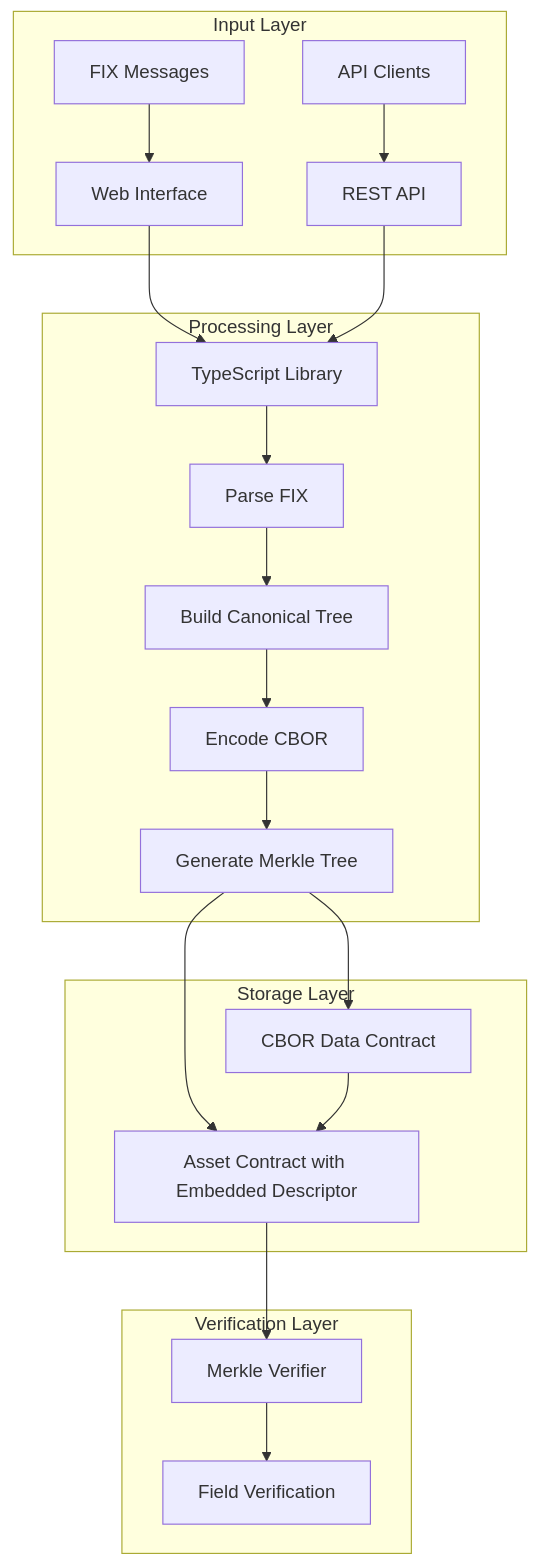
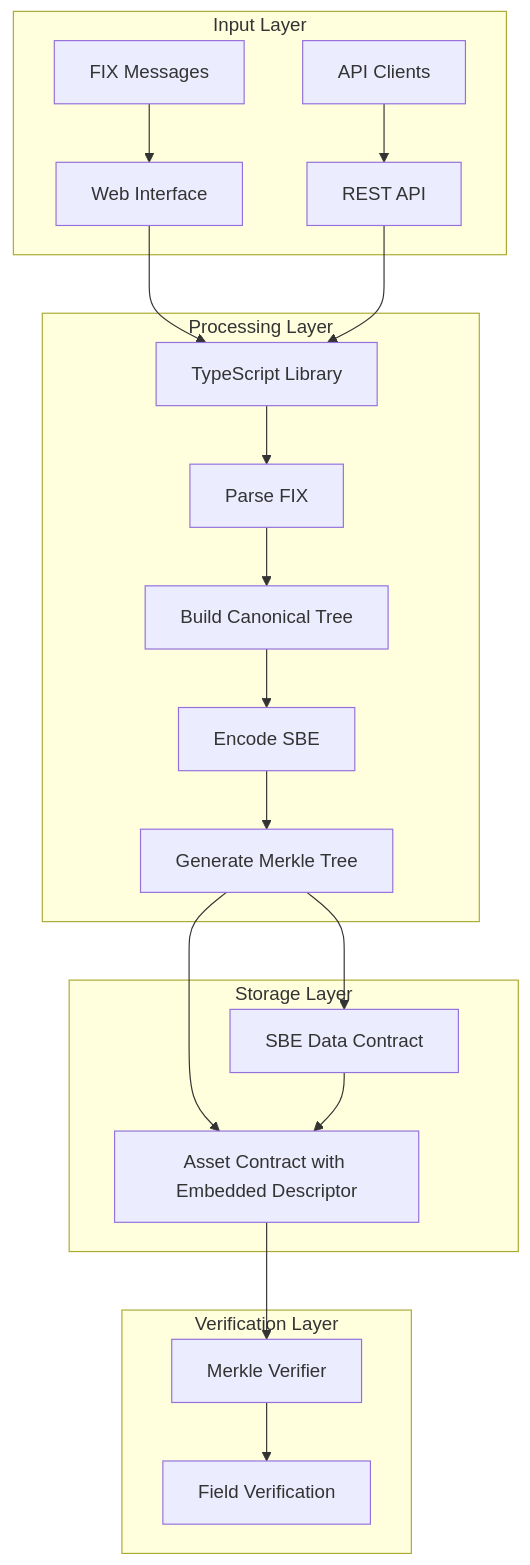
One commit to swapnilraj/fix-descriptor changed the first of 7 diagrams in docs/architecture.md. Above: the diagram before and after it, drawn with Mermaid. The commit also changed other lines of this file and 13 other files, not shown here.

````diff
--- a/docs/architecture.md
+++ b/docs/architecture.md
@@ -36,28 +36,28 @@
 ```mermaid
 graph TB
     subgraph "Input Layer"
         A[FIX Messages] --> B[Web Interface]
         C[API Clients] --> D[REST API]
     end
     
     subgraph "Processing Layer"
         B --> E[TypeScript Library]
         D --> E
         E --> F[Parse FIX]
         F --> G[Build Canonical Tree]
-        G --> H[Encode CBOR]
+        G --> H[Encode SBE]
         H --> I[Generate Merkle Tree]
     end
     
     subgraph "Storage Layer"
-        I --> J[CBOR Data Contract]
+        I --> J[SBE Data Contract]
         I --> K[Asset Contract with Embedded Descriptor]
     end
     
     subgraph "Verification Layer"
         K --> M[Merkle Verifier]
         M --> N[Field Verification]
     end
     
     J --> K
 ```
````
